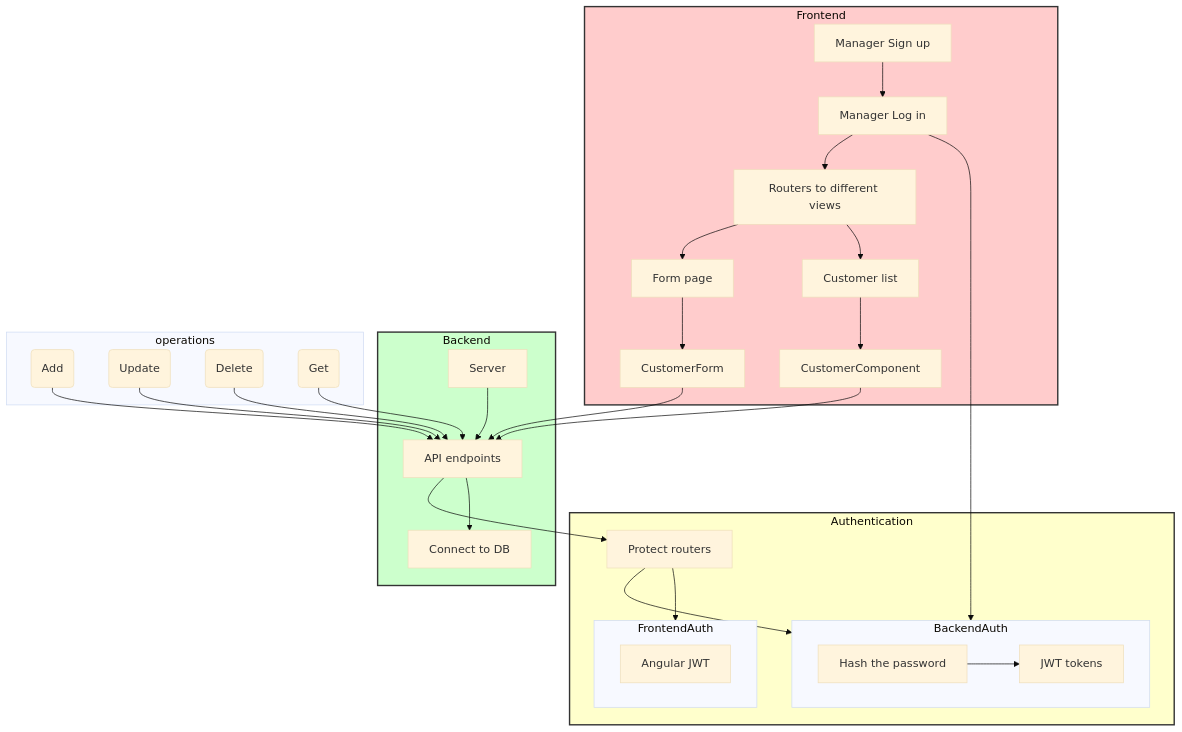
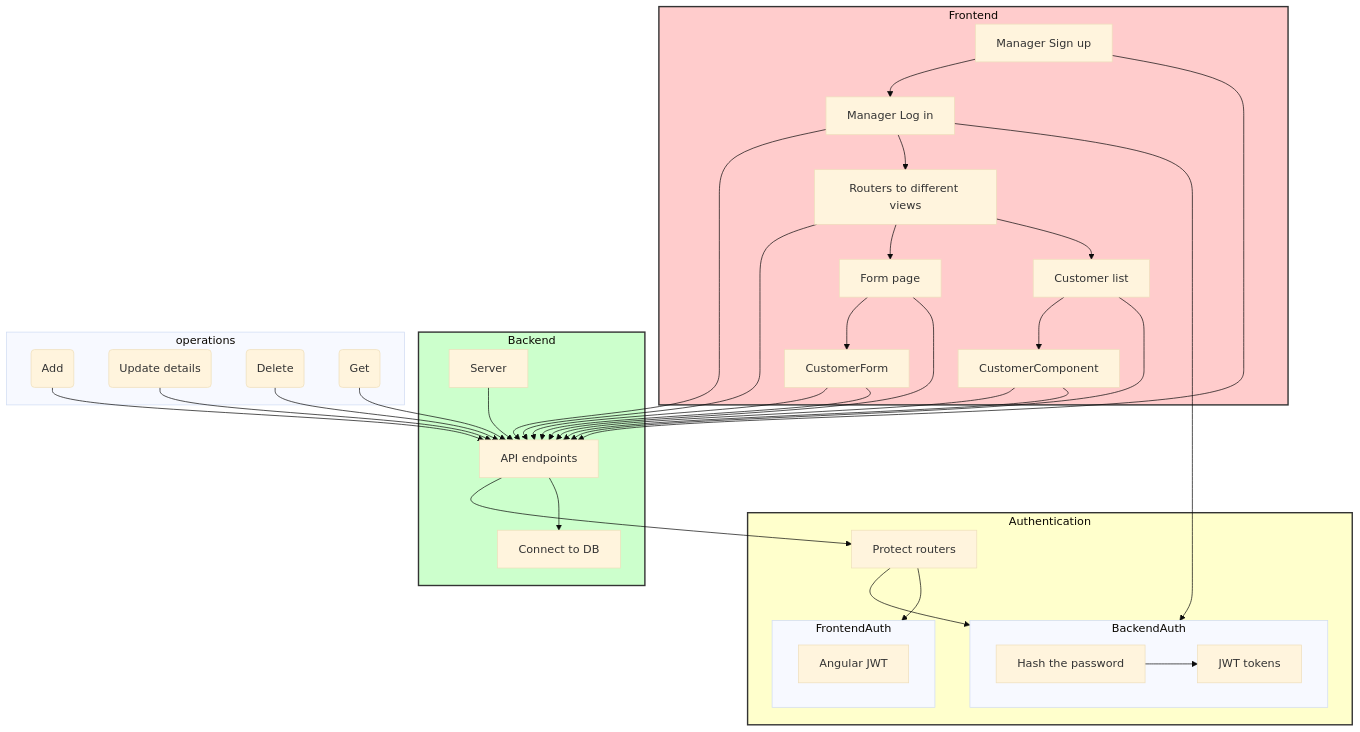
The diagram in README.md (fatmaboodai/Back-office-app), drawn with Mermaid (base theme) before and after one commit.

````diff
--- a/README.md
+++ b/README.md
@@ -2,65 +2,72 @@
 ```mermaid
 graph TD;
     subgraph Frontend
         SignUp[Manager Sign up]
         SignUp --> LogIn
         LogIn[Manager Log in]
         Routers[Routers to different views]
         FormPage[Form page]
         CustomerList[Customer list]
         CustomerList --> CustomerComponent
         FormPage --> CustomerForm
     end
     subgraph Backend
         Server[Server]
         API[API endpoints]
         ConnectDB[Connect to DB]
     end
     subgraph operations
         AddCustomer(Add)
-        UpdateCustomer(Update)
+        UpdateCustomer(Update details)
         DeleteCustomer(Delete)
         GetCustomer(Get)
+        SignUp --> API
+        LogIn --> API
+        Routers --> API
+        FormPage --> API
+        CustomerList --> API
+        CustomerComponent --> API
+        CustomerForm --> API
     end
     subgraph Authentication
         subgraph BackendAuth
             HashPassword[Hash the password]
             JWT[JWT tokens]
             HashPassword --> JWT
         end
         subgraph FrontendAuth
             AngularJWT[Angular JWT]
         end
         ProtectRouters[Protect routers]
         LogIn --> BackendAuth
         API --> ProtectRouters
     end
     
     LogIn --> Routers
     Routers --> FormPage
     Routers --> CustomerList
    
    
     CustomerComponent --> API
     API --> ConnectDB
     Server --> API
     AddCustomer --> API
     CustomerForm--> API
     UpdateCustomer --> API
     DeleteCustomer --> API
     GetCustomer-->API
     ProtectRouters --> BackendAuth
     ProtectRouters --> FrontendAuth
 
     classDef frontendClass fill:#FFCCCC,stroke:#333,stroke-width:2px;
     classDef backendClass fill:#CCFFCC,stroke:#333,stroke-width:2px;
     classDef servicesClass fill:#CCCCFF,stroke:#333,stroke-width:2px;
     classDef authClass fill:#FFFFCC,stroke:#333,stroke-width:2px;
 
     class Frontend frontendClass;
     class Backend backendClass;
     class Services servicesClass;
     class Authentication authClass;
 
 
 ```
````
